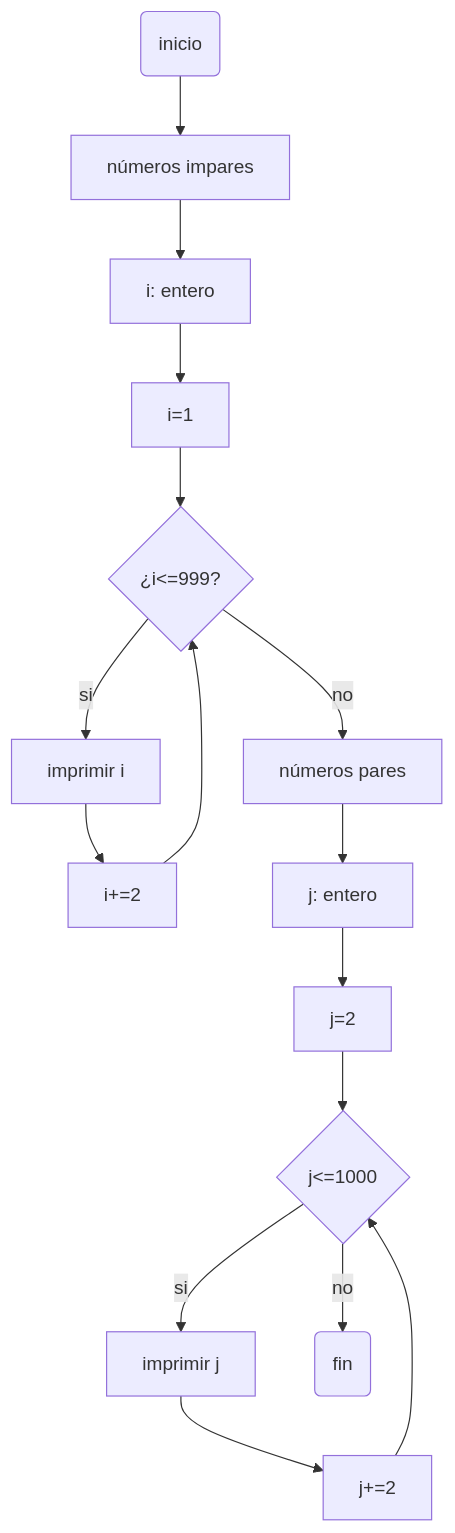
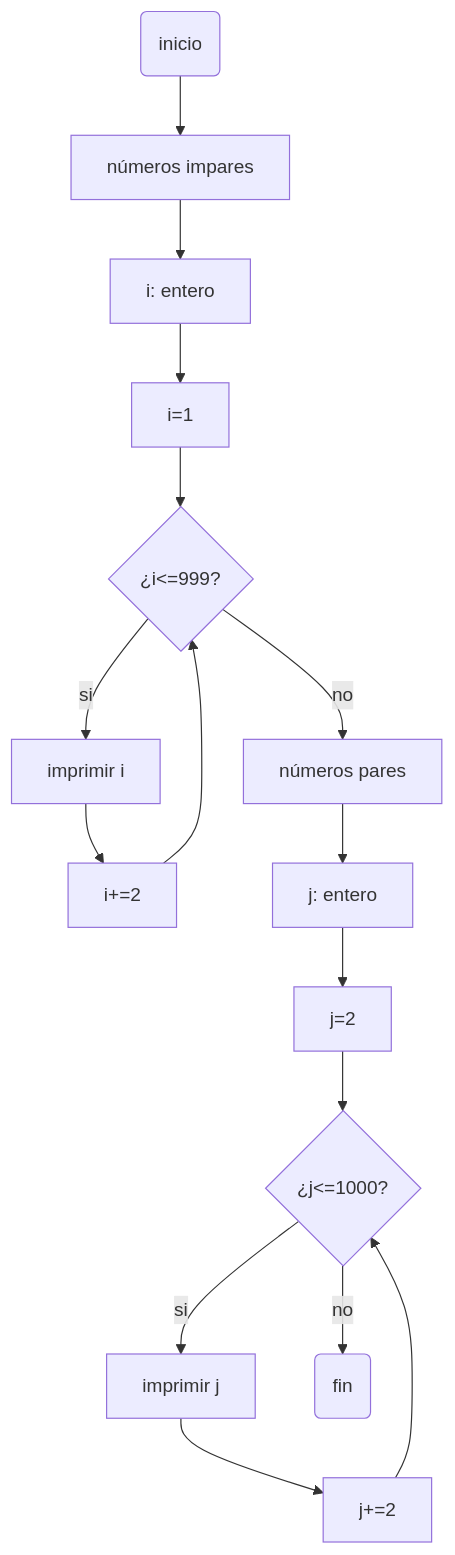
Before and after one commit to alejandra1709/RETO-7-while: the second of 3 diagrams in README.md, drawn with Mermaid. The commit also changed other lines of this file, not shown here.

````diff
--- a/README.md
+++ b/README.md
@@ -43,10 +43,10 @@
 ```mermaid
 flowchart TD
     A("inicio") --> B
     B["números impares"]-->C["i: entero"]-->D["i=1"]-->E
     E{"¿i<=999?"}-->|"si"|F["imprimir i"]-->G["i+=2"]-->E
     E-->|"no"|H["números pares"]-->I["j: entero"]-->J
-    J["j=2"]-->K{"j<=1000"}-->|"si"|L["imprimir j"]-->M
+    J["j=2"]-->K{"¿j<=1000?"}-->|"si"|L["imprimir j"]-->M
     M["j+=2"]-->K
     K-->|"no"|N("fin")
 ```
````
